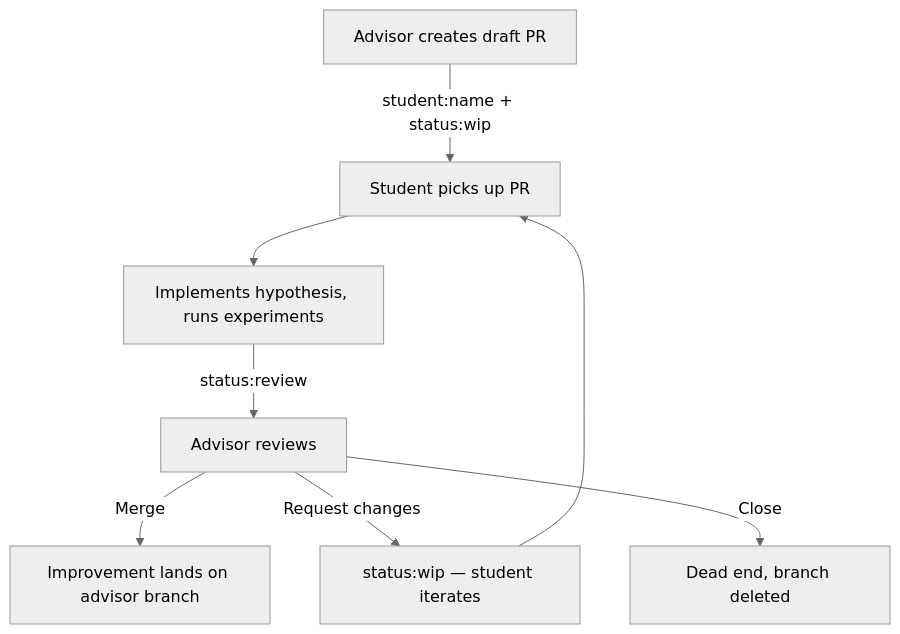
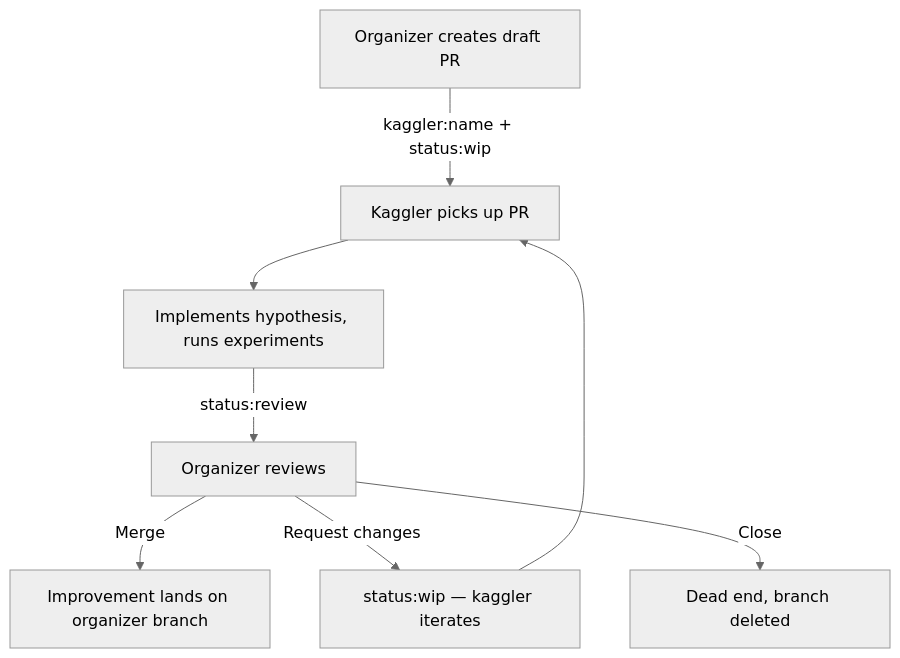
The second of 2 diagrams in README.md (tcapelle/senpai), drawn with Mermaid (neutral theme) before and after one commit. The commit also changed other lines of this file and 18 other files, not shown here.

First line of the commit message:
rename advisor→organizer, student→kaggler across entire repo

````diff
--- a/README.md
+++ b/README.md
@@ -47,10 +47,10 @@
 ```mermaid
 graph TD
-    A["Advisor creates draft PR"] -->|"student:name + status:wip"| B["Student picks up PR"]
+    A["Organizer creates draft PR"] -->|"kaggler:name + status:wip"| B["Kaggler picks up PR"]
     B --> C["Implements hypothesis, runs experiments"]
-    C -->|"status:review"| D["Advisor reviews"]
-    D -->|Merge| E["Improvement lands on advisor branch"]
-    D -->|Request changes| F["status:wip — student iterates"]
+    C -->|"status:review"| D["Organizer reviews"]
+    D -->|Merge| E["Improvement lands on organizer branch"]
+    D -->|Request changes| F["status:wip — kaggler iterates"]
     D -->|Close| G["Dead end, branch deleted"]
     F --> B
 ```
````
